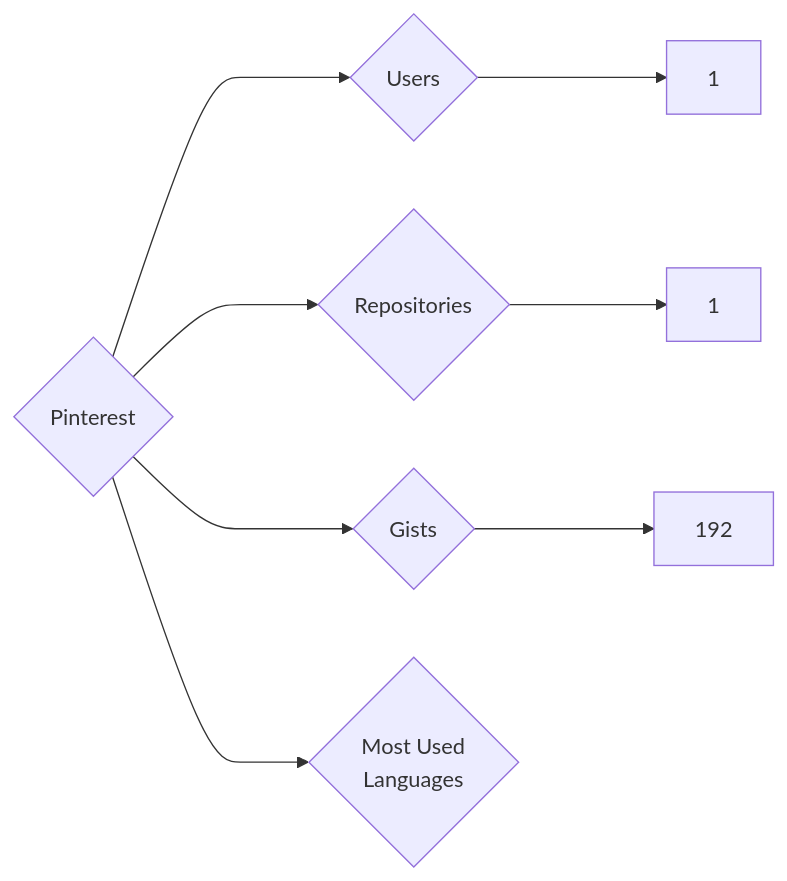
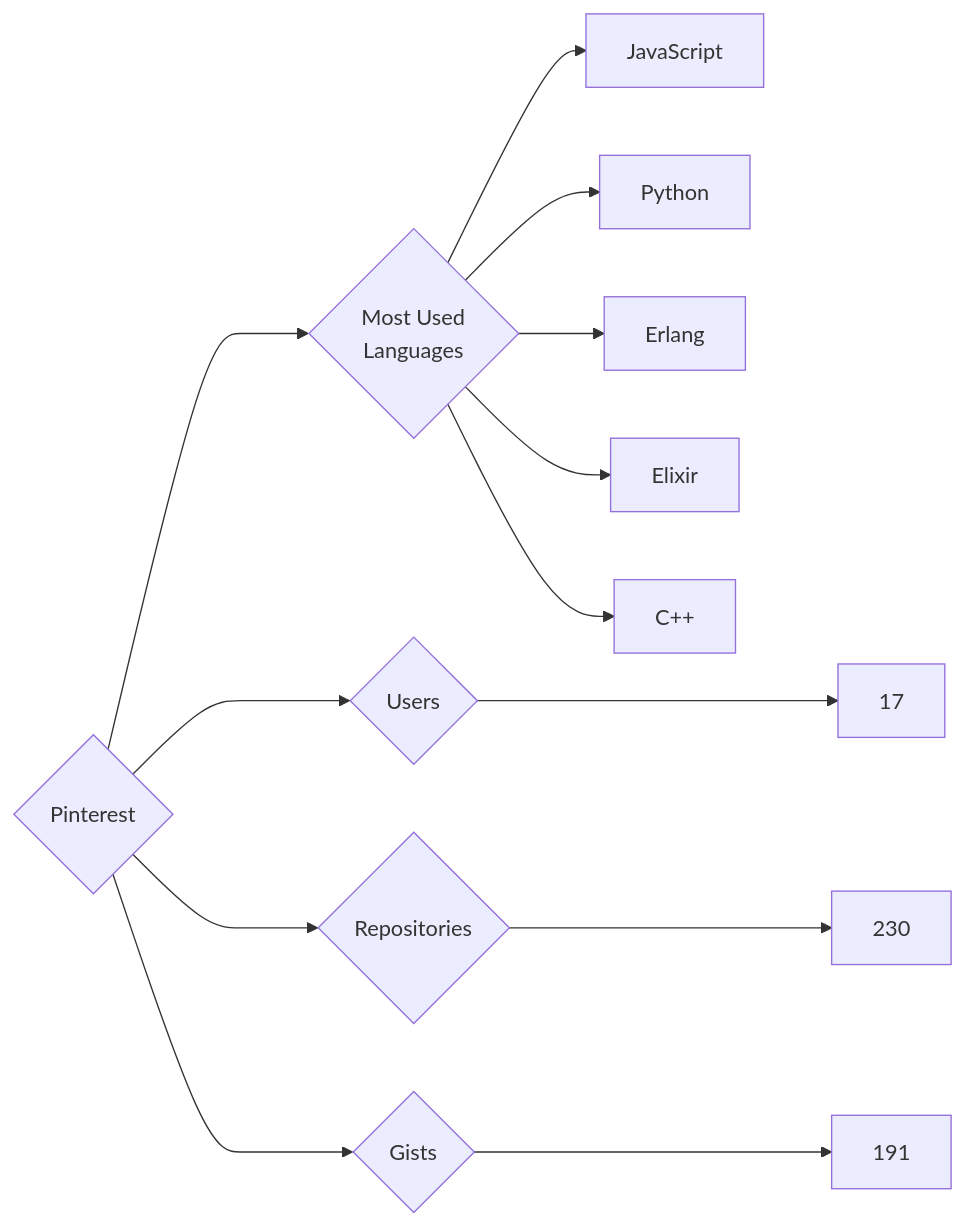
Before and after one commit to trickest/insiders: the diagram in targets/Pinterest/README.md, drawn with Mermaid. The commit also changed 796 other files, not shown here.

````diff
--- a/targets/Pinterest/README.md
+++ b/targets/Pinterest/README.md
@@ -3,8 +3,13 @@
 ```mermaid
 graph LR
 COMPANY_NAME{Pinterest}
-COMPANY_NAME ---> U{Users} ---> UN[1]
-COMPANY_NAME ---> R{Repositories} ---> RN[1]
-COMPANY_NAME ---> G{Gists} ---> GN[192]
+COMPANY_NAME ---> U{Users} ---> UN[17]
+COMPANY_NAME ---> R{Repositories} ---> RN[230]
+COMPANY_NAME ---> G{Gists} ---> GN[191]
 COMPANY_NAME ---> ML{Most Used<br>Languages}
+ML --> JavaScript[JavaScript]
+ML --> Python[Python]
+ML --> Erlang[Erlang]
+ML --> Elixir[Elixir]
+ML --> C++[C++]
 ```
````
